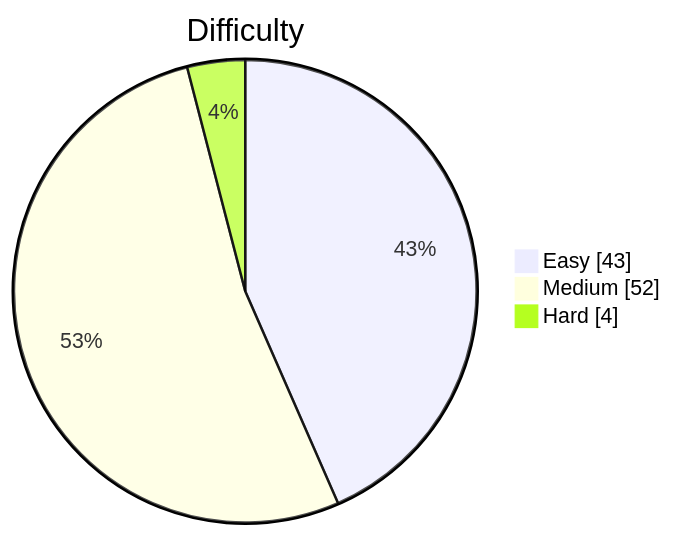
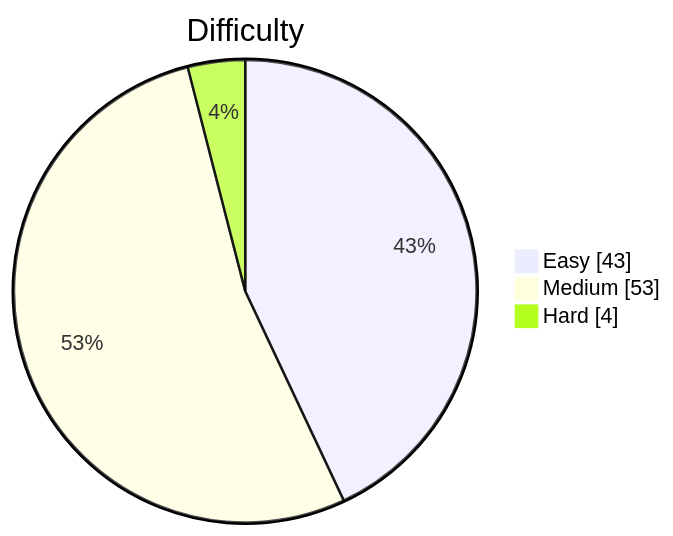
Before and after one commit to kevstevie/python-algo-practice: the diagram in README.md, drawn with Mermaid. The commit also changed other lines of this file, not shown here.

````diff
--- a/README.md
+++ b/README.md
@@ -13,7 +13,7 @@
 ```mermaid
 pie showData
     title Difficulty
     "Easy"   : 43
-    "Medium" : 52
+    "Medium" : 53
     "Hard"   : 4
 ```
````
